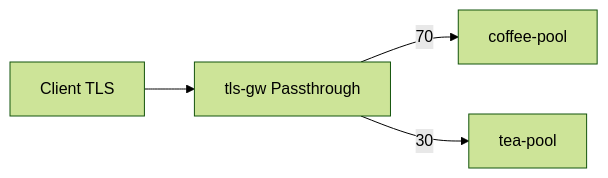
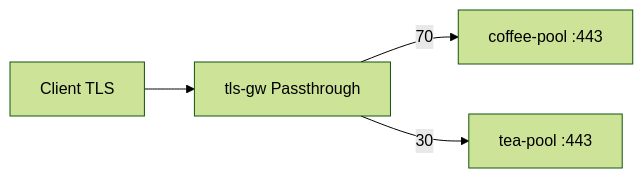
Before and after one commit to mink0119/2609_f5bnk: the diagram in Advanced_Feature/3.6_TLSRoute_Weight/README.md, drawn with Mermaid (forest theme). The commit also changed other lines of this file and 80 other files, not shown here.

````diff
--- a/Advanced_Feature/3.6_TLSRoute_Weight/README.md
+++ b/Advanced_Feature/3.6_TLSRoute_Weight/README.md
@@ -5,6 +7,6 @@
 ```mermaid
 flowchart LR
   C[Client TLS] --> GW[tls-gw Passthrough]
-  GW -->|70| P1[coffee-pool]
-  GW -->|30| P2[tea-pool]
+  GW -->|70| P1[coffee-pool :443]
+  GW -->|30| P2[tea-pool :443]
 ```
````
